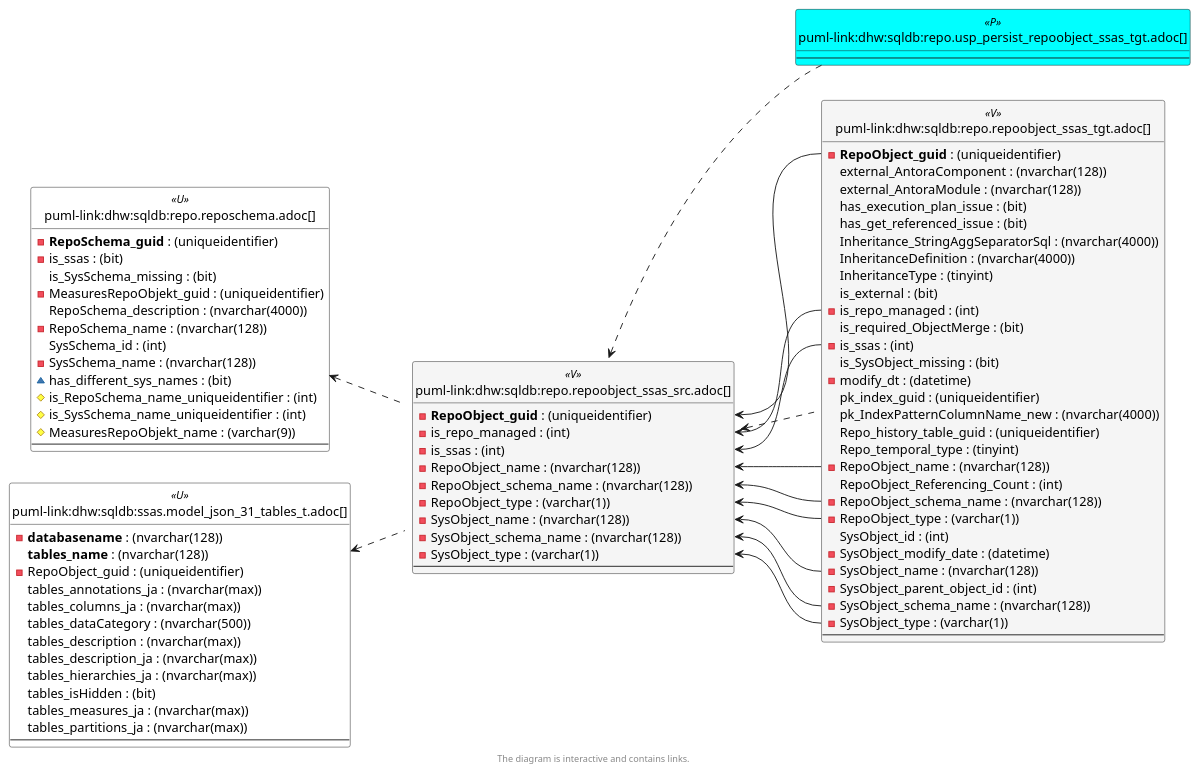
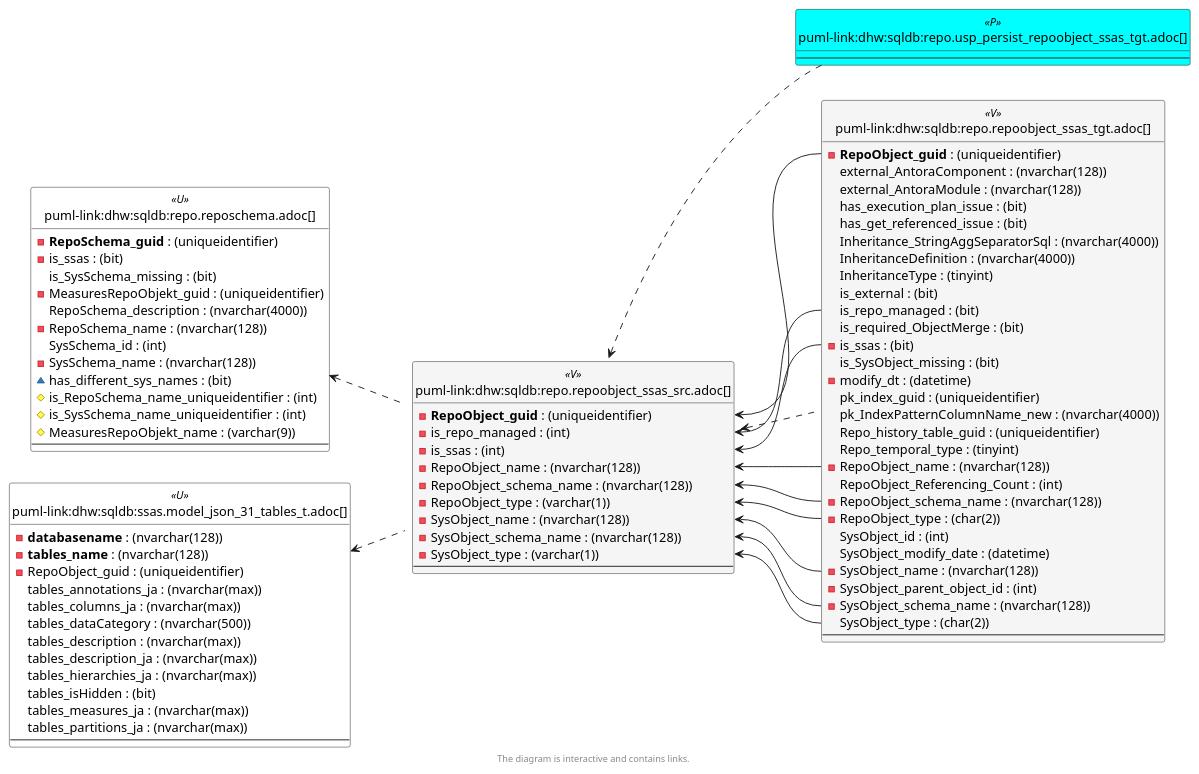
The sixth of 6 diagrams in docs/modules/sqldb/partials/content/repo.repoobject_ssas_src.adoc (DataHandwerk/dhw-antora-sqldb), drawn with PlantUML before and after one commit. The commit also changed other lines of this file and 641 other files, not shown here.

```diff
--- a/docs/modules/sqldb/partials/content/repo.repoobject_ssas_src.adoc
+++ b/docs/modules/sqldb/partials/content/repo.repoobject_ssas_src.adoc
@@ -3373,9 +3373,9 @@
   InheritanceDefinition : (nvarchar(4000))
   InheritanceType : (tinyint)
   is_external : (bit)
-  - is_repo_managed : (int)
+  is_repo_managed : (bit)
   is_required_ObjectMerge : (bit)
-  - is_ssas : (int)
+  - is_ssas : (bit)
   is_SysObject_missing : (bit)
   - modify_dt : (datetime)
   pk_index_guid : (uniqueidentifier)
@@ -3385,13 +3385,13 @@
   - RepoObject_name : (nvarchar(128))
   RepoObject_Referencing_Count : (int)
   - RepoObject_schema_name : (nvarchar(128))
-  - RepoObject_type : (varchar(1))
+  - RepoObject_type : (char(2))
   SysObject_id : (int)
-  - SysObject_modify_date : (datetime)
+  SysObject_modify_date : (datetime)
   - SysObject_name : (nvarchar(128))
   - SysObject_parent_object_id : (int)
   - SysObject_schema_name : (nvarchar(128))
-  - SysObject_type : (varchar(1))
+  SysObject_type : (char(2))
   --
 }
 
@@ -3417,7 +3417,7 @@
 
 entity "puml-link:dhw:sqldb:ssas.model_json_31_tables_t.adoc[]" as ssas.model_json_31_tables_T << U >> {
   - **databasename** : (nvarchar(128))
-  **tables_name** : (nvarchar(128))
+  - **tables_name** : (nvarchar(128))
   - RepoObject_guid : (uniqueidentifier)
   tables_annotations_ja : (nvarchar(max))
   tables_columns_ja : (nvarchar(max))
```
